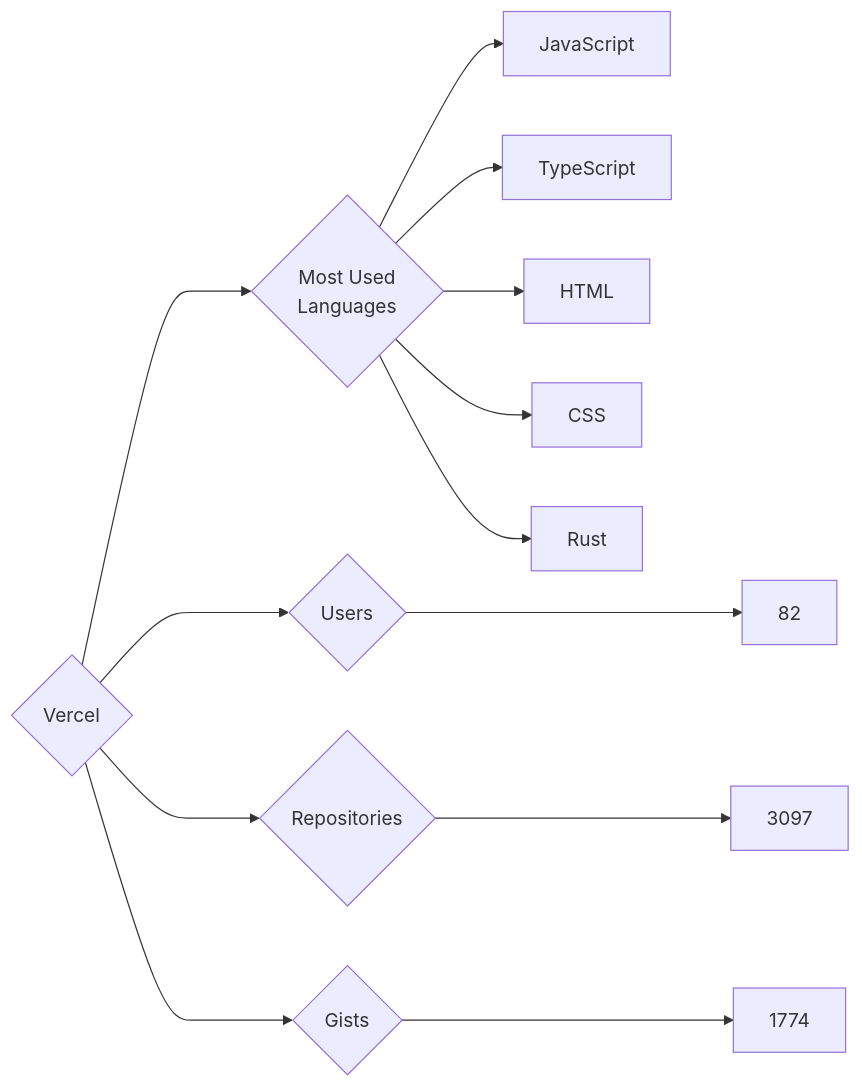
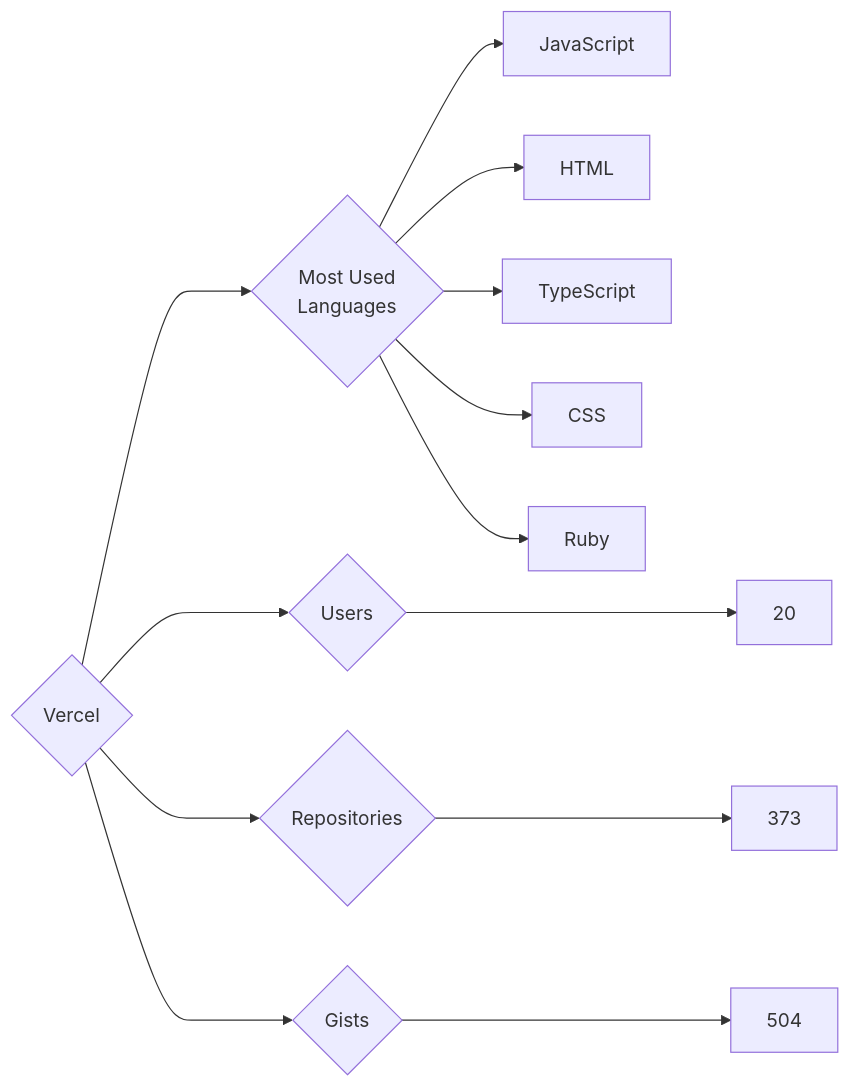
One commit to trickest/insiders changed the diagram in targets/Vercel/README.md. Above: the diagram before and after it, drawn with Mermaid. The commit also changed 748 other files, not shown here.

````diff
--- a/targets/Vercel/README.md
+++ b/targets/Vercel/README.md
@@ -3,13 +3,13 @@
 ```mermaid
 graph LR
 COMPANY_NAME{Vercel}
-COMPANY_NAME ---> U{Users} ---> UN[82]
-COMPANY_NAME ---> R{Repositories} ---> RN[3097]
-COMPANY_NAME ---> G{Gists} ---> GN[1774]
+COMPANY_NAME ---> U{Users} ---> UN[20]
+COMPANY_NAME ---> R{Repositories} ---> RN[373]
+COMPANY_NAME ---> G{Gists} ---> GN[504]
 COMPANY_NAME ---> ML{Most Used<br>Languages}
 ML --> JavaScript[JavaScript]
+ML --> HTML[HTML]
 ML --> TypeScript[TypeScript]
-ML --> HTML[HTML]
 ML --> CSS[CSS]
-ML --> Rust[Rust]
+ML --> Ruby[Ruby]
 ```
````
